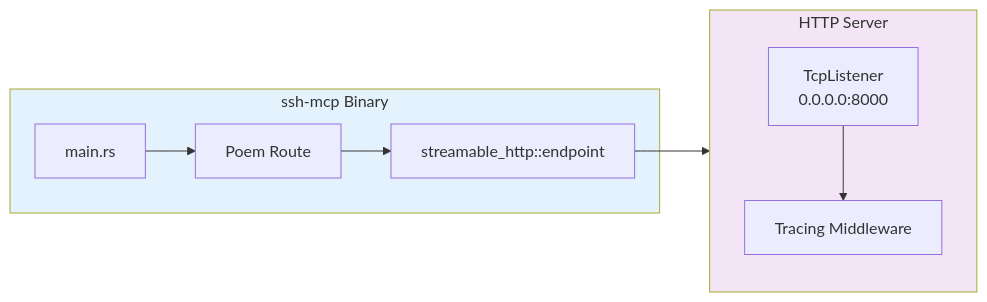
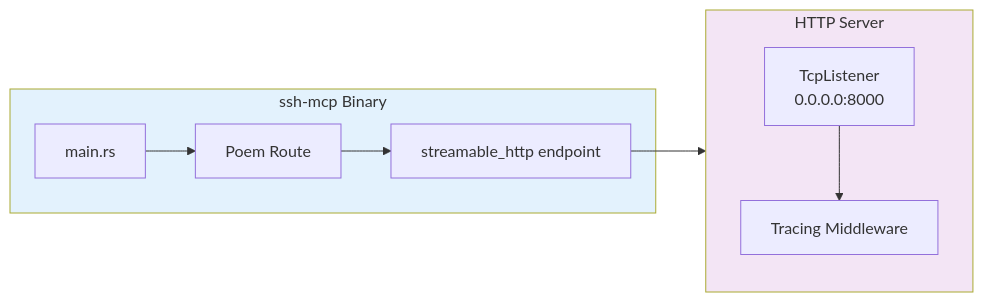
One commit to farchanjo/ssh-mcp changed the seventh of 9 diagrams in docs/ARCHITECTURE.md. Above: the diagram before and after it, drawn with Mermaid. The commit also changed other lines of this file, not shown here.

First line of the commit message:
docs(architecture): update for new modular structure with russh

````diff
--- a/docs/ARCHITECTURE.md
+++ b/docs/ARCHITECTURE.md
@@ -320,21 +446,21 @@
 ```mermaid
 flowchart LR
     subgraph Binary["ssh-mcp Binary"]
         Main["main.rs"]
         Route["Poem Route"]
-        Streamable["streamable_http::endpoint"]
+        Streamable["streamable_http endpoint"]
     end
 
     subgraph Server["HTTP Server"]
         TCP["TcpListener<br/>0.0.0.0:8000"]
         Tracing["Tracing Middleware"]
     end
 
     Main --> Route
     Route --> Streamable
     Streamable --> Server
     TCP --> Tracing
 
     style Binary fill:#e3f2fd
     style Server fill:#f3e5f5
 ```
````
